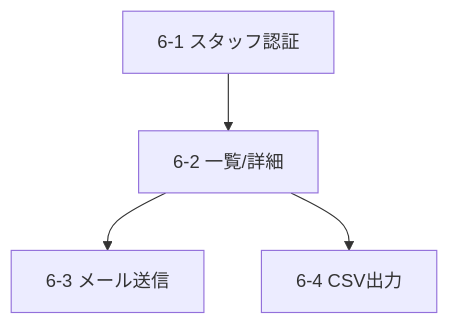
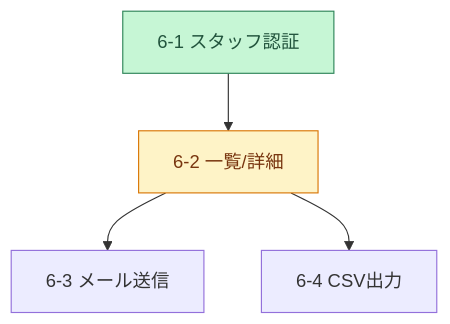
One commit to m-uesaka/regional-quiz-entry-form changed the seventh of 7 diagrams in tasks.md. Above: the diagram before and after it, drawn with Mermaid. The commit also changed other lines of this file and 9 other files, not shown here.

````diff
--- a/tasks.md
+++ b/tasks.md
@@ -149,6 +153,9 @@
 ```mermaid
 graph TD
-  T61["6-1 スタッフ認証"] --> T62["6-2 一覧/詳細"]
+  T61["6-1 スタッフ認証"]:::done --> T62["6-2 一覧/詳細"]:::next
   T62 --> T63["6-3 メール送信"]
   T62 --> T64["6-4 CSV出力"]
+
+  classDef done fill:#c6f6d5,stroke:#2f855a,color:#22543d;
+  classDef next fill:#fef3c7,stroke:#d97706,color:#78350f;
 ```
````
